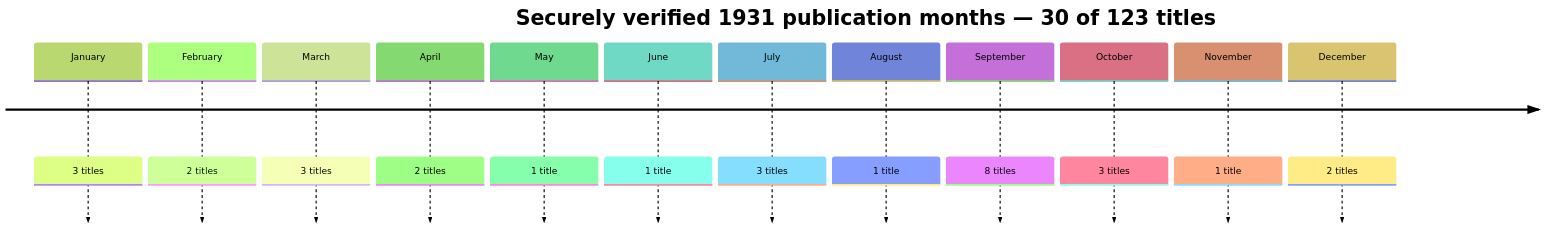
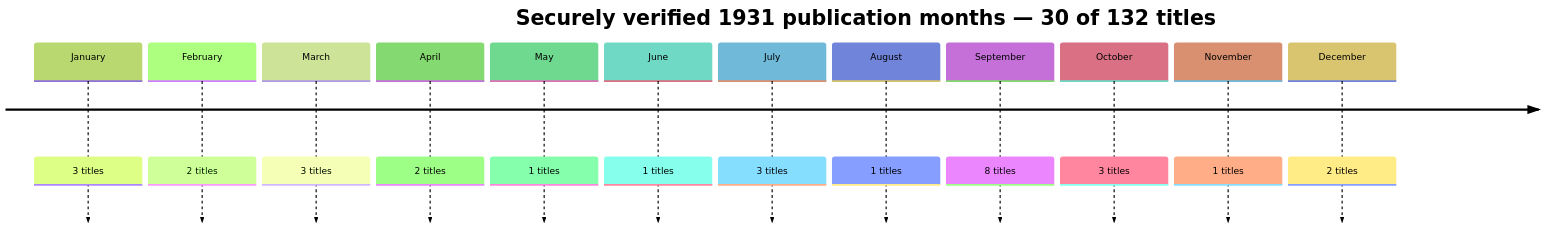
The diagram in 02 Articles/2026 Mystery Novels First Published in 1931.md (sun-cube/mystery), drawn with Mermaid (forest theme) before and after one commit. The commit also changed other lines of this file and 2 other files, not shown here.

````diff
--- a/02 Articles/2026 Mystery Novels First Published in 1931.md
+++ b/02 Articles/2026 Mystery Novels First Published in 1931.md
@@ -251,16 +268,16 @@
 ```mermaid
 timeline
-    title Securely verified 1931 publication months — 30 of 123 titles
+    title Securely verified 1931 publication months — 30 of 132 titles
     January : 3 titles
     February : 2 titles
     March : 3 titles
     April : 2 titles
-    May : 1 title
-    June : 1 title
+    May : 1 titles
+    June : 1 titles
     July : 3 titles
-    August : 1 title
+    August : 1 titles
     September : 8 titles
     October : 3 titles
-    November : 1 title
+    November : 1 titles
     December : 2 titles
 ```
````
